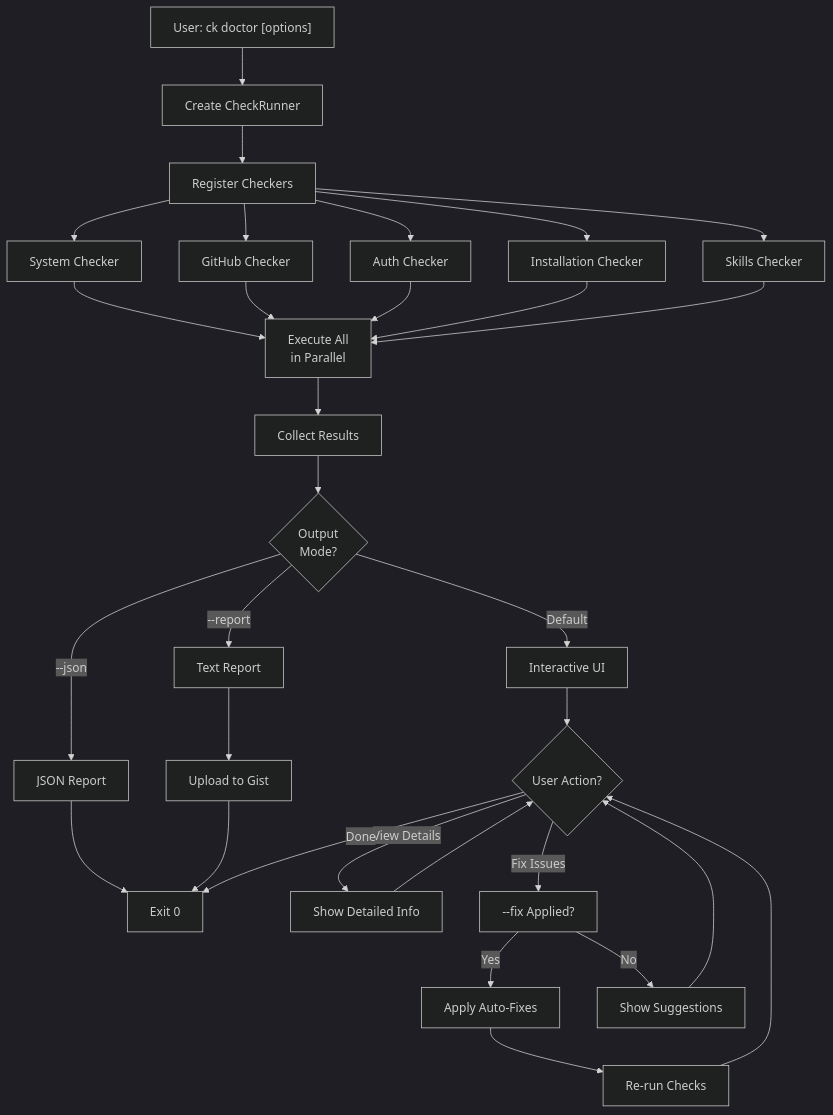
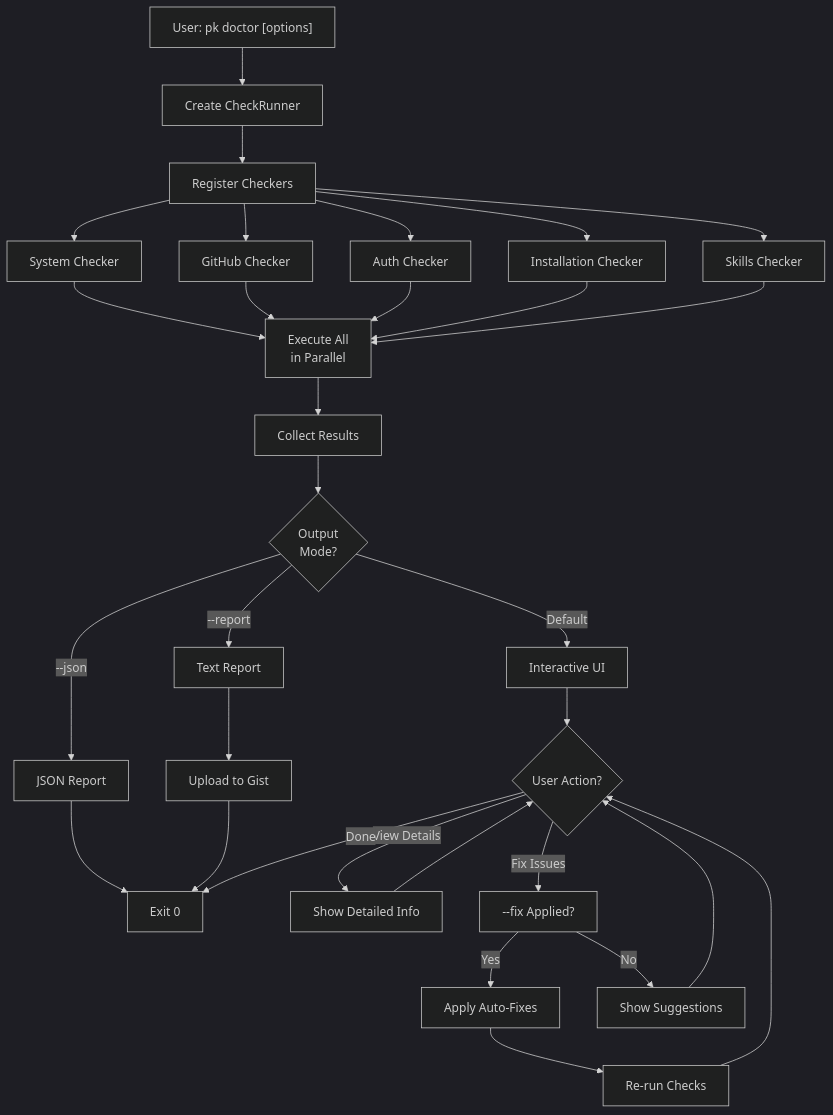
One commit to sagozen/pankit-cli changed the fourth of 12 diagrams in docs/ck-command-flow-guide.md. Above: the diagram before and after it, drawn with Mermaid (dark theme). The commit also changed other lines of this file and 275 other files, not shown here.

````diff
--- a/docs/ck-command-flow-guide.md
+++ b/docs/ck-command-flow-guide.md
@@ -161,33 +161,33 @@
 ```mermaid
 flowchart TD
-    A["User: ck doctor [options]"] --> B["Create CheckRunner"]
+    A["User: pk doctor [options]"] --> B["Create CheckRunner"]
     B --> C["Register Checkers"]
     C --> D["System Checker"]
     C --> E["GitHub Checker"]
     C --> F["Auth Checker"]
     C --> G["Installation Checker"]
     C --> H["Skills Checker"]
     D --> I["Execute All<br/>in Parallel"]
     E --> I
     F --> I
     G --> I
     H --> I
     I --> J["Collect Results"]
     J --> K{"Output<br/>Mode?"}
     K -->|--json| L["JSON Report"]
     K -->|--report| M["Text Report"]
     K -->|Default| N["Interactive UI"]
     L --> O["Exit 0"]
     M --> P["Upload to Gist"]
     P --> O
     N --> Q{"User Action?"}
     Q -->|View Details| R["Show Detailed Info"]
     Q -->|Fix Issues| S["--fix Applied?"]
     R --> Q
     S -->|Yes| T["Apply Auto-Fixes"]
     S -->|No| U["Show Suggestions"]
     T --> V["Re-run Checks"]
     U --> Q
     V --> Q
     Q -->|Done| O
 ```
````
